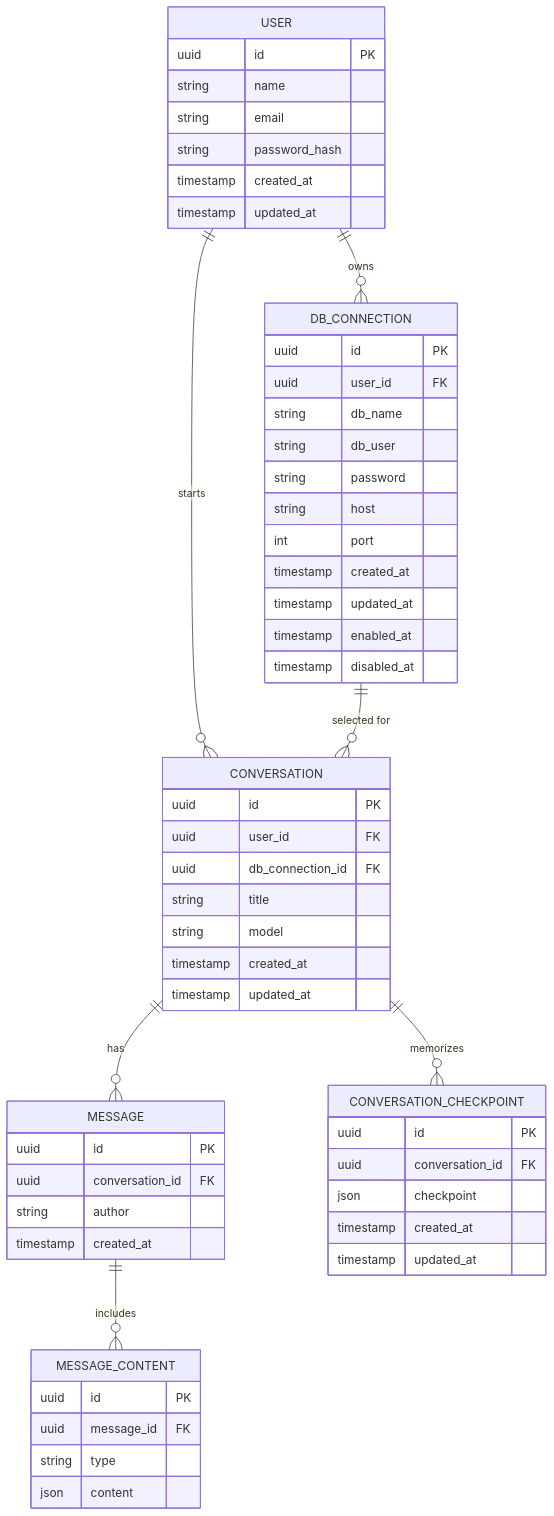
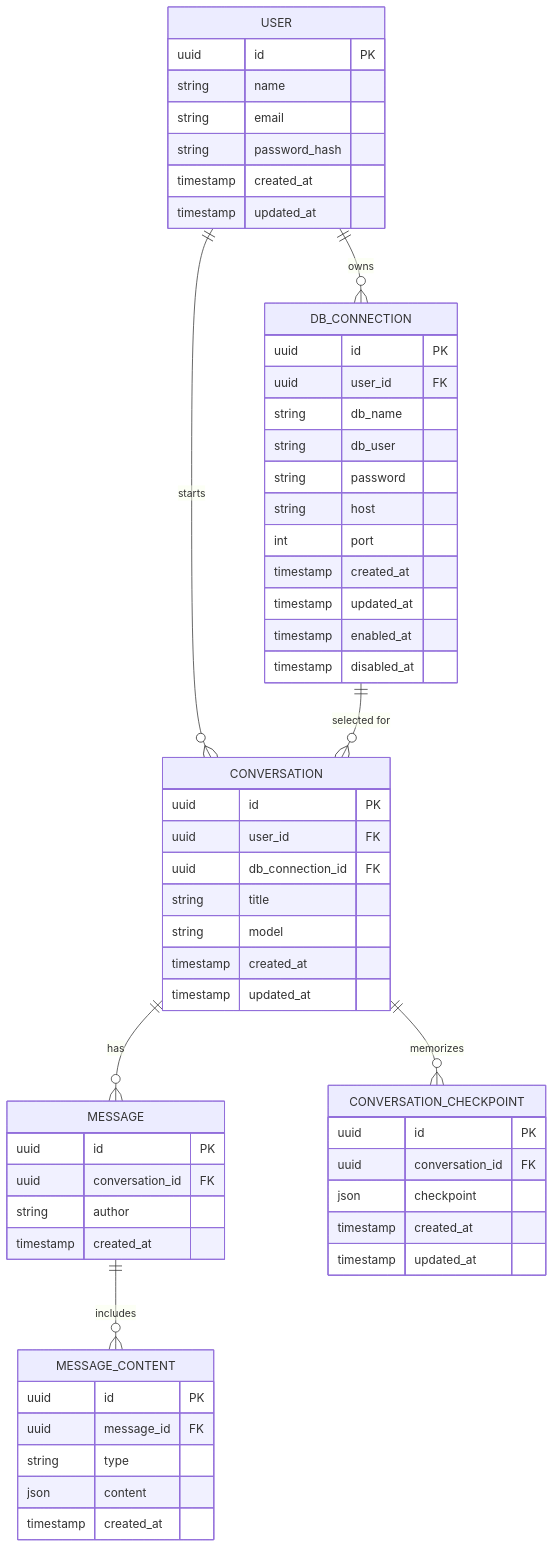
One commit to benjyongzh/llm-data-analyst changed the fourth of 4 diagrams in README.md. Above: the diagram before and after it, drawn with Mermaid. The commit also changed 1 other file, not shown here.

Commit message:
Add created_at to message_content

````diff
--- a/README.md
+++ b/README.md
@@ -249,69 +249,70 @@
 ```mermaid
 erDiagram
     USER ||--o{ DB_CONNECTION : owns
     USER ||--o{ CONVERSATION : starts
     DB_CONNECTION ||--o{ CONVERSATION : "selected for"
     CONVERSATION ||--o{ MESSAGE : has
     MESSAGE ||--o{ MESSAGE_CONTENT : includes
     %% CONVERSATION ||--o{ CONVO_SUMMARY : summarizes
     CONVERSATION ||--o{ CONVERSATION_CHECKPOINT : memorizes
 
     USER {
         uuid id PK
         string name
         string email
         string password_hash
         timestamp created_at
         timestamp updated_at
     }
     DB_CONNECTION {
         uuid id PK
         uuid user_id FK
         string db_name
         string db_user
         string password
         string host
         int port
         timestamp created_at
         timestamp updated_at
         timestamp enabled_at
         timestamp disabled_at
     }
     CONVERSATION {
         uuid id PK
         uuid user_id FK
         uuid db_connection_id FK
         string title
         string model
         timestamp created_at
         timestamp updated_at
     }
     MESSAGE {
         uuid id PK
         uuid conversation_id FK
         string author
         timestamp created_at
     }
     MESSAGE_CONTENT {
         uuid id PK
         uuid message_id FK
         string type
         json content
+        timestamp created_at
     }
     %% CONVO_SUMMARY {
     %%     uuid id PK
     %%     uuid conversation_id FK
     %%     text summary
     %%     uuid last_message_id FK
     %%     int token_count
     %%     timestamp created_at
     %%     timestamp updated_at
     %% }
     CONVERSATION_CHECKPOINT {
         uuid id PK
         uuid conversation_id FK
         json checkpoint
         timestamp created_at
         timestamp updated_at
     }
 ```
````
